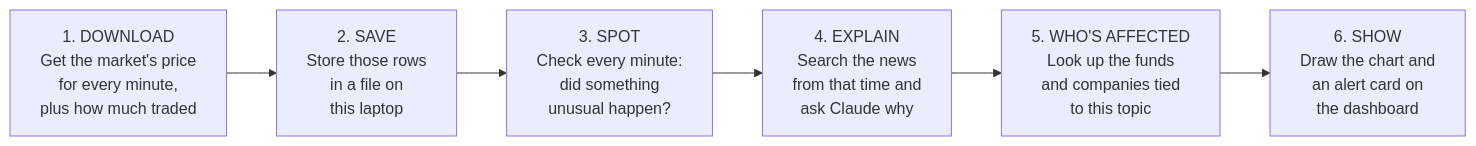
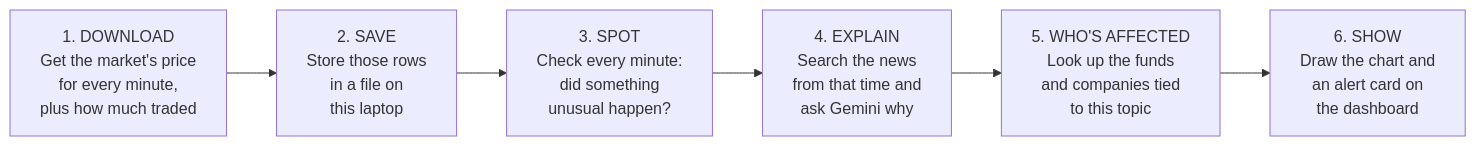
One commit to ajiangny/dislocation-desk changed the first of 4 diagrams in PIPELINE_EXAMPLE.md. Above: the diagram before and after it, drawn with Mermaid. The commit also changed other lines of this file and 7 other files, not shown here.

Commit message:
Swapped model from claude opus to free gemini flash.

````diff
--- a/PIPELINE_EXAMPLE.md
+++ b/PIPELINE_EXAMPLE.md
@@ -19,10 +19,10 @@
 ```mermaid
 flowchart LR
     A["1. DOWNLOAD<br/>Get the market's price<br/>for every minute,<br/>plus how much traded"]
     B["2. SAVE<br/>Store those rows<br/>in a file on<br/>this laptop"]
     C["3. SPOT<br/>Check every minute:<br/>did something<br/>unusual happen?"]
-    D["4. EXPLAIN<br/>Search the news<br/>from that time and<br/>ask Claude why"]
+    D["4. EXPLAIN<br/>Search the news<br/>from that time and<br/>ask Gemini why"]
     E["5. WHO'S AFFECTED<br/>Look up the funds<br/>and companies tied<br/>to this topic"]
     F["6. SHOW<br/>Draw the chart and<br/>an alert card on<br/>the dashboard"]
     A --> B --> C --> D --> E --> F
 ```
````
